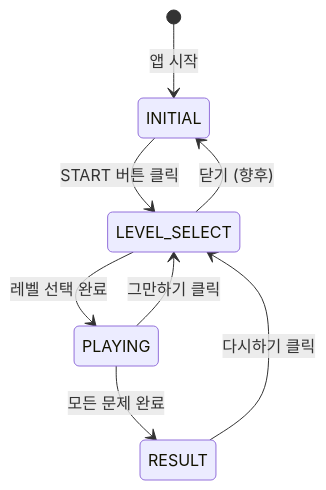
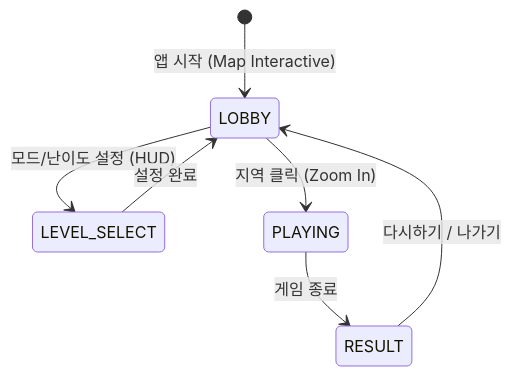
The diagram in docs/GDD.md (altarister/map), drawn with Mermaid before and after one commit. The commit also changed other lines of this file and 9 other files, not shown here.

Commit message:
Docs & Feat: Update GDD flow and Localize Game UI to Korean

````diff
--- a/docs/GDD.md
+++ b/docs/GDD.md
@@ -72,10 +72,9 @@
 ```mermaid
 stateDiagram-v2
-    [*] --> INITIAL: 앱 시작
-    INITIAL --> LEVEL_SELECT: START 버튼 클릭
-    LEVEL_SELECT --> PLAYING: 레벨 선택 완료
-    PLAYING --> RESULT: 모든 문제 완료
-    PLAYING --> LEVEL_SELECT: 그만하기 클릭
-    RESULT --> LEVEL_SELECT: 다시하기 클릭
-    LEVEL_SELECT --> INITIAL: 닫기 (향후)
+    [*] --> LOBBY: 앱 시작 (Map Interactive)
+    LOBBY --> LEVEL_SELECT: 모드/난이도 설정 (HUD)
+    LEVEL_SELECT --> LOBBY: 설정 완료
+    LOBBY --> PLAYING: 지역 클릭 (Zoom In)
+    PLAYING --> RESULT: 게임 종료
+    RESULT --> LOBBY: 다시하기 / 나가기
 ```
````
